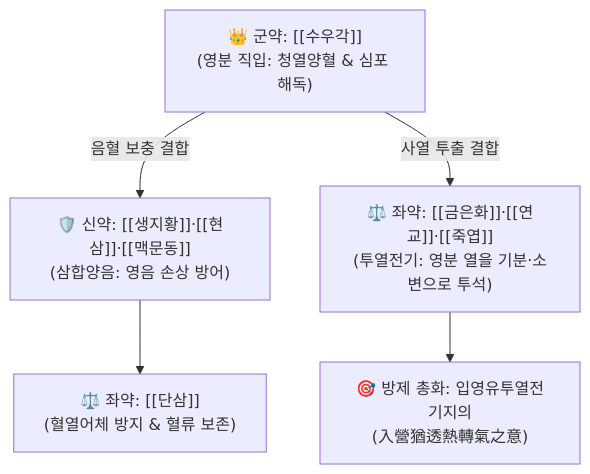
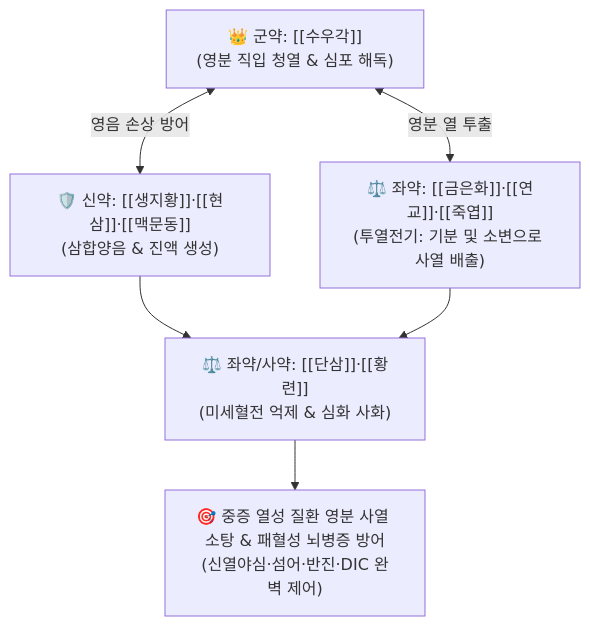
Before and after one commit to simbio11/simbio-digital-garden2: the diagram in content/2. 약리 공부/처방/06_청열·해독·사화제/청영탕.md, drawn with Mermaid. The commit also changed other lines of this file and 799 other files, not shown here.

````diff
--- a/content/2. 약리 공부/처방/06_청열·해독·사화제/청영탕.md
+++ b/content/2. 약리 공부/처방/06_청열·해독·사화제/청영탕.md
@@ -10,7 +43,7 @@
 ```mermaid
 graph TD
-    Gun["👑 군약: [[수우각]]<br>(영분 직입: 청열양혈 & 심포 해독)"] -->|음혈 보충 결합| Sin["🛡️ 신약: [[생지황]]·[[현삼]]·[[맥문동]]<br>(삼합양음: 영음 손상 방어)"]
-    Gun -->|사열 투출 결합| Jwa1["⚖️ 좌약: [[금은화]]·[[연교]]·[[죽엽]]<br>(투열전기: 영분 열을 기분·소변으로 투석)"]
-    Sin --> Jwa2["⚖️ 좌약: [[단삼]]<br>(혈열어체 방지 & 혈류 보존)"]
-    Jwa1 --> Sa["🎯 방제 총화: 입영유투열전기지의<br>(入營猶透熱轉氣之意)"]
+    SY["👑 군약: [[수우각]]<br>(영분 직입 청열 & 심포 해독)"] <-->|영음 손상 방어| YY["🛡️ 신약: [[생지황]]·[[현삼]]·[[맥문동]]<br>(삼합양음 & 진액 생성)"]
+    SY <-->|영분 열 투출| TY["⚖️ 좌약: [[금은화]]·[[연교]]·[[죽엽]]<br>(투열전기: 기분 및 소변으로 사열 배출)"]
+    YY & TY --> DS["⚖️ 좌약/사약: [[단삼]]·[[황련]]<br>(미세혈전 억제 & 심화 사화)"]
+    DS --> TOTAL["🎯 중증 열성 질환 영분 사열 소탕 & 패혈성 뇌병증 방어<br>(신열야심·섬어·반진·DIC 완벽 제어)"]
 ```
````
